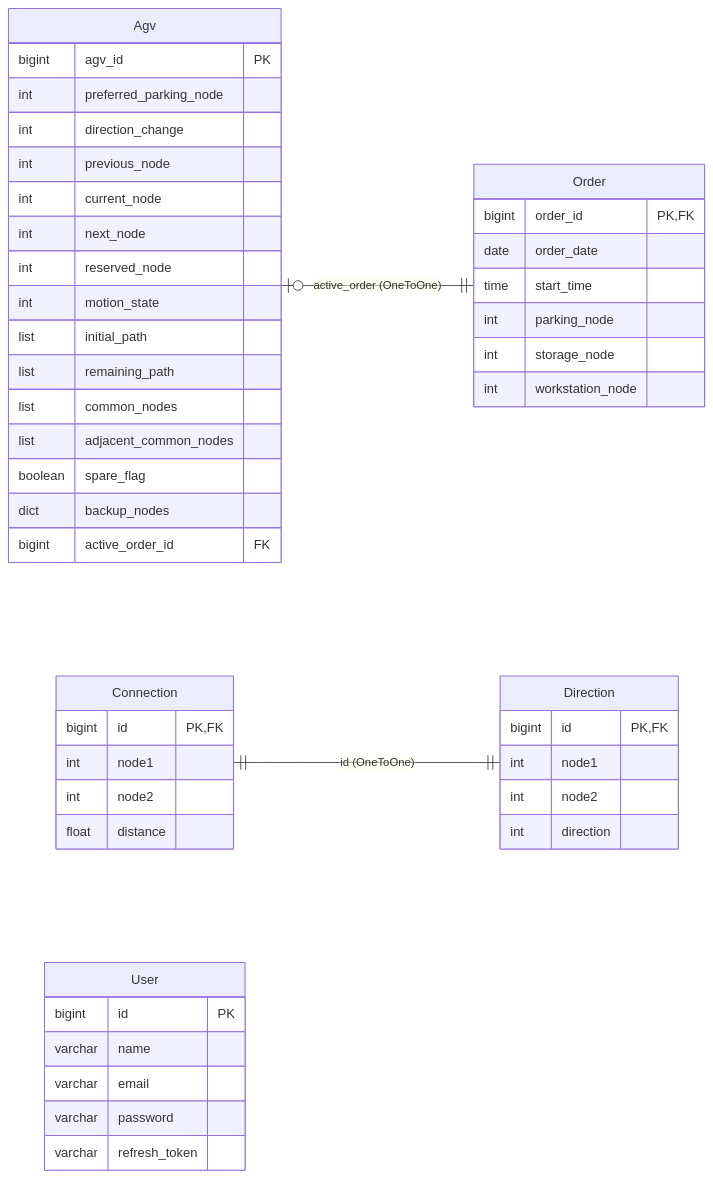
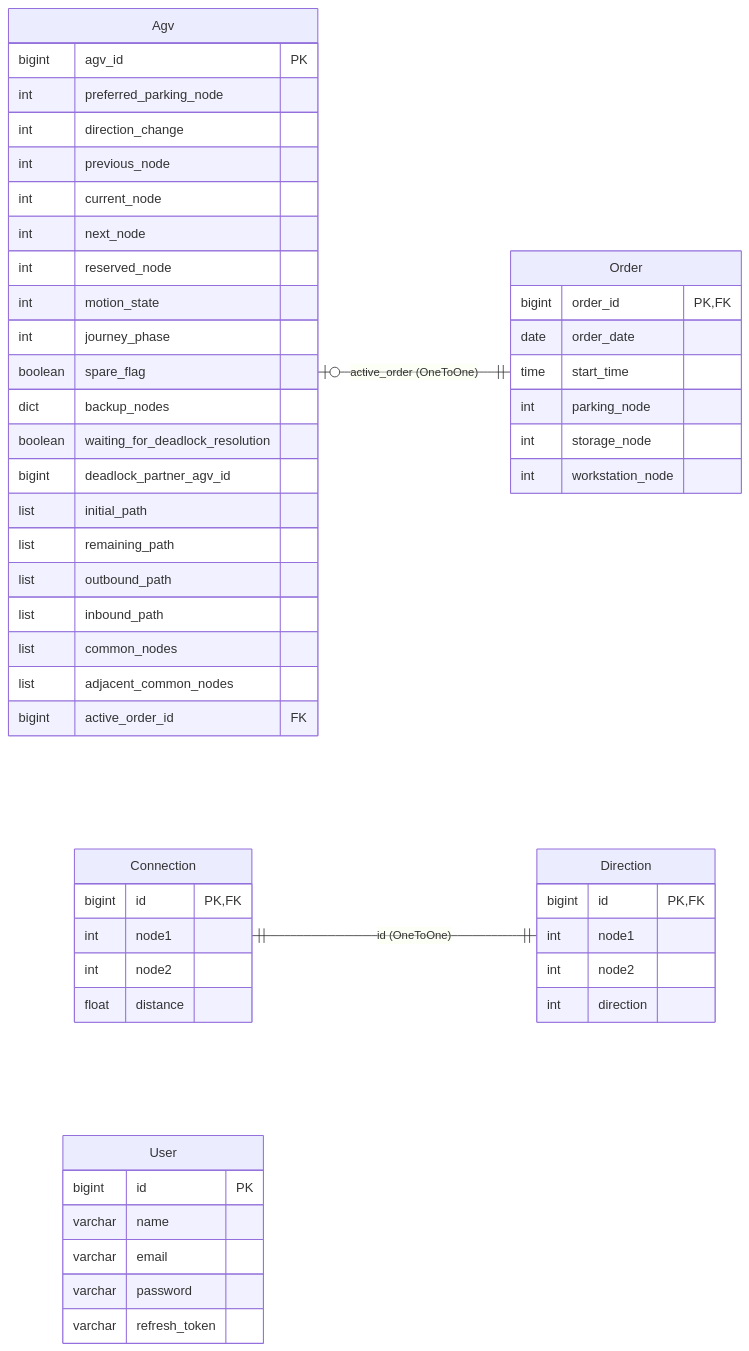
Before and after one commit to sondhg/agv-fullstack: the diagram in docs/database-schema.md, drawn with Mermaid. The commit also changed 10 other files, not shown here.

Commit message:
feat: update AGV model with new journey phase and path lists; refactor accordion component for multiple selection

````diff
--- a/docs/database-schema.md
+++ b/docs/database-schema.md
@@ -1,61 +1,65 @@
 ```mermaid
 erDiagram
     direction LR
-
     Agv {
         bigint agv_id PK
         int preferred_parking_node
         int direction_change
         int previous_node
         int current_node
         int next_node
         int reserved_node
         int motion_state
+        int journey_phase
+        boolean spare_flag
+        dict backup_nodes
+        boolean waiting_for_deadlock_resolution
+        bigint deadlock_partner_agv_id
         list initial_path
         list remaining_path
+        list outbound_path
+        list inbound_path
         list common_nodes
         list adjacent_common_nodes
-        boolean spare_flag
-        dict backup_nodes
         bigint active_order_id FK
     }
 
     Order {
         bigint order_id PK, FK
         date order_date
         time start_time
         int parking_node
         int storage_node
         int workstation_node
     }
 
 
 
     Connection {
         bigint id PK, FK
         int node1
         int node2
         float distance
     }
 
     Direction {
         bigint id PK, FK
         int node1
         int node2
         int direction
     }
 
 
     User {
         bigint id PK
         varchar name
         varchar email
         varchar password
         varchar refresh_token
 
     }
 
     %% Relationships
     Agv |o--|| Order : "active_order (OneToOne)"
     Connection ||--|| Direction : "id (OneToOne)"
 ```
````
